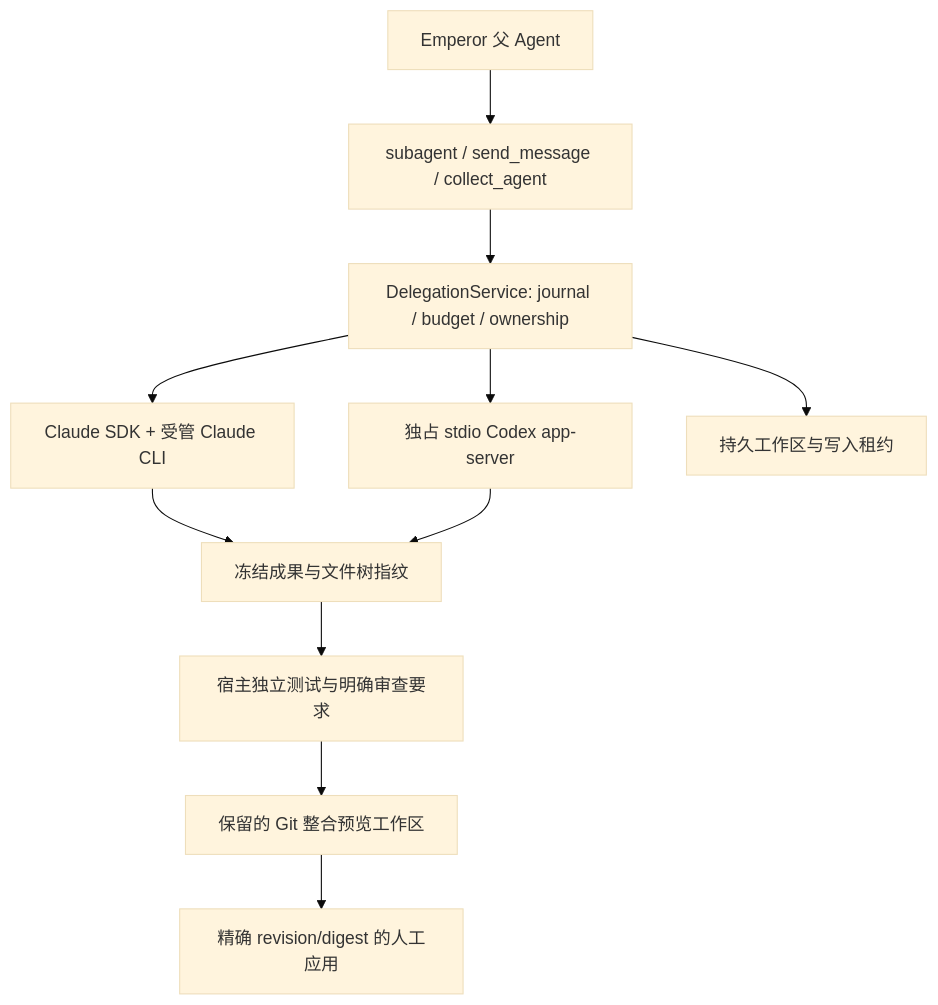
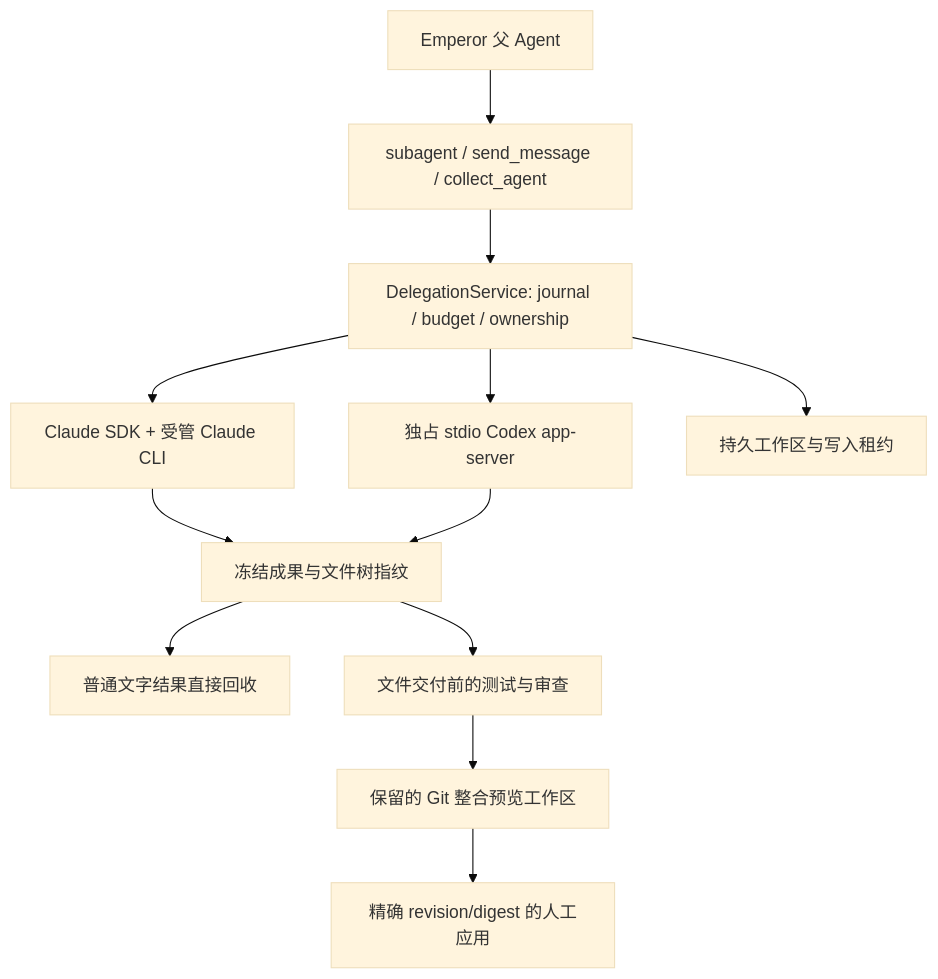
The diagram in docs/architecture/external-agent-delegation.md (TheSyart/emperor-agent), drawn with Mermaid (base theme) before and after one commit. The commit also changed other lines of this file and 26 other files, not shown here.

````diff
--- a/docs/architecture/external-agent-delegation.md
+++ b/docs/architecture/external-agent-delegation.md
@@ -10,13 +10,14 @@
 ```mermaid
 flowchart TD
   Parent[Emperor 父 Agent] --> Tools[subagent / send_message / collect_agent]
   Tools --> Service[DelegationService: journal / budget / ownership]
   Service --> Claude[Claude SDK + 受管 Claude CLI]
   Service --> Codex[独占 stdio Codex app-server]
   Service --> Workspace[持久工作区与写入租约]
   Claude --> Receipt[冻结成果与文件树指纹]
   Codex --> Receipt
-  Receipt --> Verify[宿主独立测试与明确审查要求]
+  Receipt --> Result[普通文字结果直接回收]
+  Receipt --> Verify[文件交付前的测试与审查]
   Verify --> Preview[保留的 Git 整合预览工作区]
   Preview --> Apply[精确 revision/digest 的人工应用]
 ```
````
